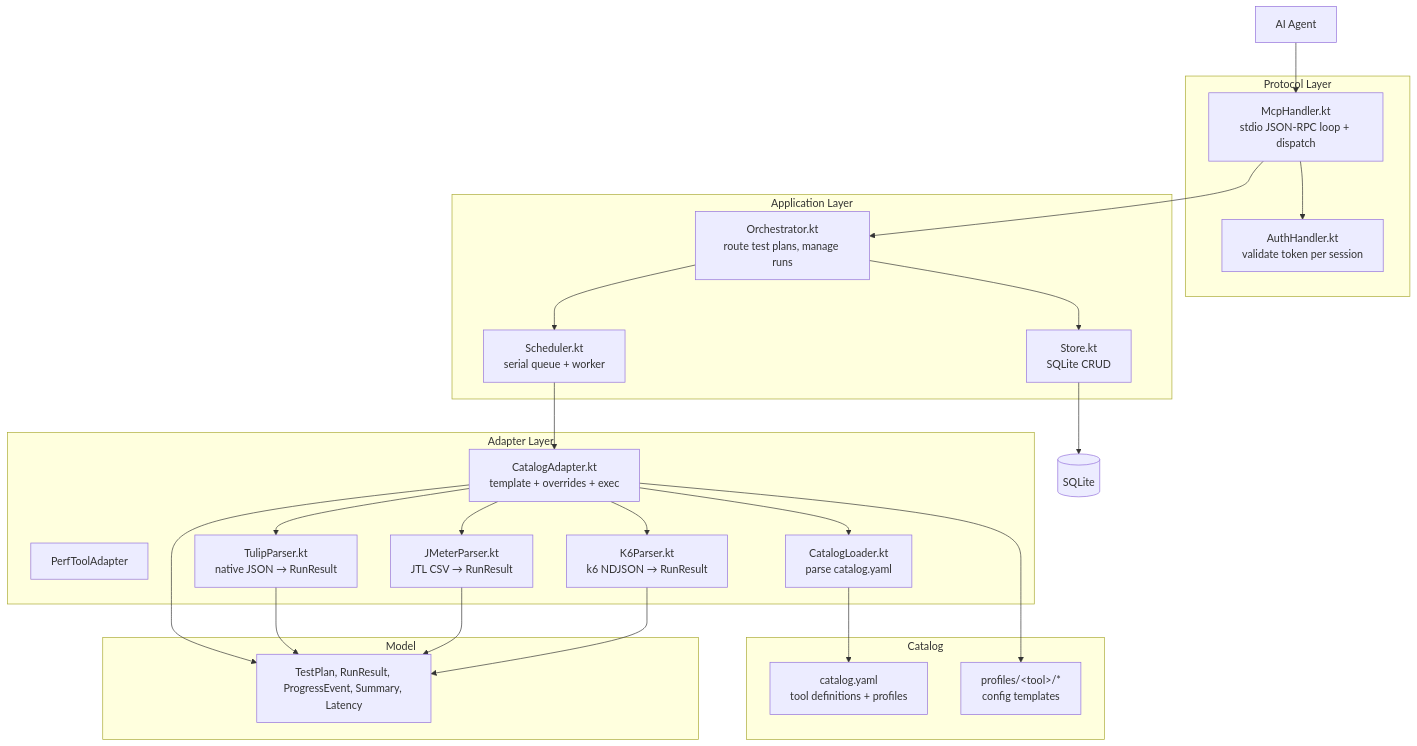
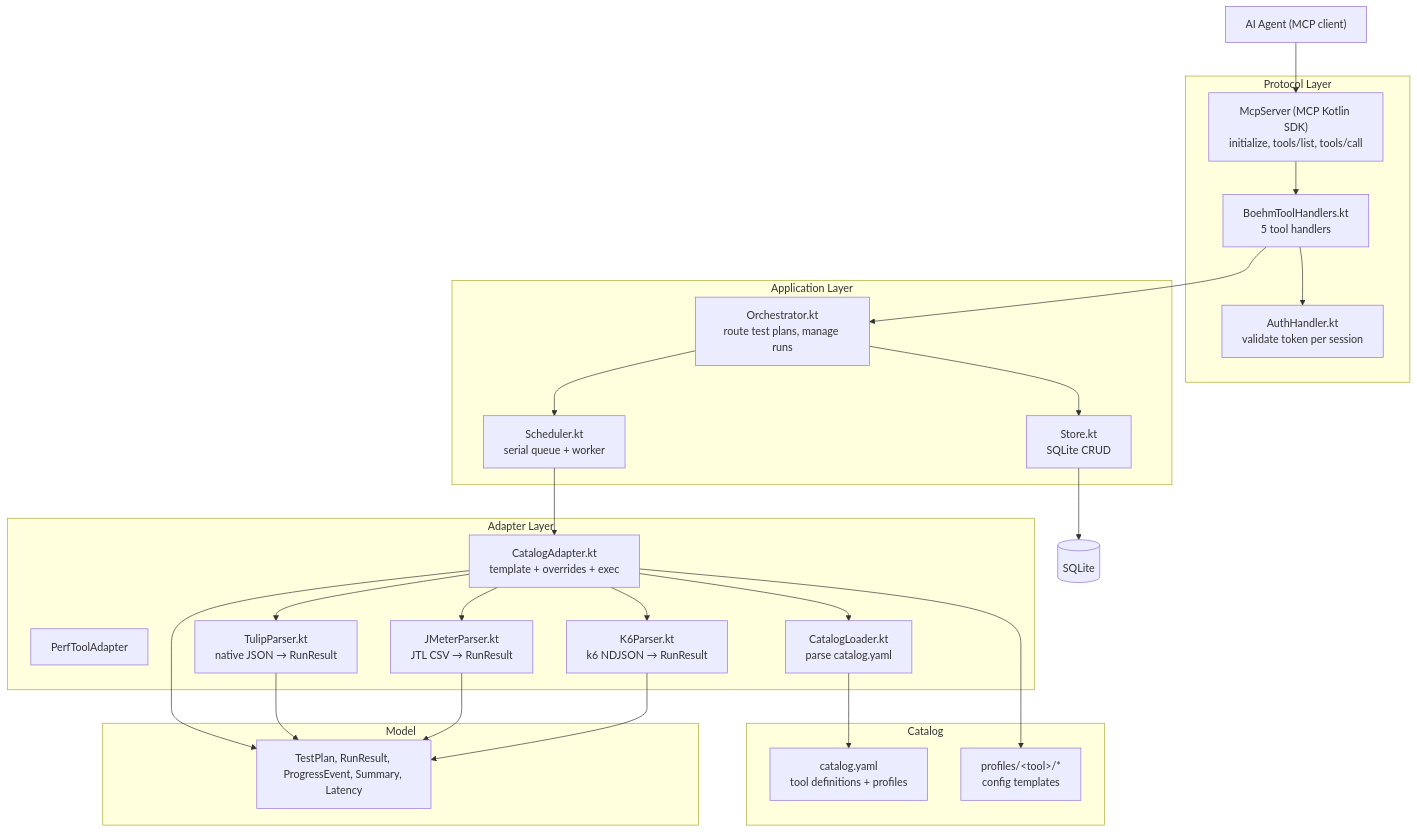
One commit to bmvanwyk/Boehm changed the second of 5 diagrams in docs/architecture.md. Above: the diagram before and after it, drawn with Mermaid. The commit also changed other lines of this file and 14 other files, not shown here.

First line of the commit message:
Migrate to official MCP Kotlin SDK (0.15.0)

````diff
--- a/docs/architecture.md
+++ b/docs/architecture.md
@@ -59,51 +59,53 @@
 ```mermaid
 graph TB
     subgraph "Protocol Layer"
-        McpHandler["McpHandler.kt<br/>stdio JSON-RPC loop + dispatch"]
+        McpServer["McpServer (MCP Kotlin SDK)<br/>initialize, tools/list, tools/call"]
+        BoehmToolHandlers["BoehmToolHandlers.kt<br/>5 tool handlers"]
         AuthHandler["AuthHandler.kt<br/>validate token per session"]
     end
 
     subgraph "Application Layer"
         Orchestrator["Orchestrator.kt<br/>route test plans, manage runs"]
         Scheduler["Scheduler.kt<br/>serial queue + worker"]
         Store["Store.kt<br/>SQLite CRUD"]
     end
 
     subgraph "Adapter Layer"
         AdapterInterface["PerfToolAdapter"]
         CatalogLoader["CatalogLoader.kt<br/>parse catalog.yaml"]
         CatalogAdapter["CatalogAdapter.kt<br/>template + overrides + exec"]
         TulipParser["TulipParser.kt<br/>native JSON → RunResult"]
     JMeterParser["JMeterParser.kt<br/>JTL CSV → RunResult"]
     K6Parser["K6Parser.kt<br/>k6 NDJSON → RunResult"]
     end
 
     subgraph "Catalog"
         CatalogYaml["catalog.yaml<br/>tool definitions + profiles"]
         Templates["profiles/&lt;tool&gt;/*<br/>config templates"]
     end
 
     subgraph "Model"
         Models["TestPlan, RunResult, ProgressEvent, Summary, Latency"]
     end
 
-    Agent["AI Agent"]
+    Agent["AI Agent (MCP client)"]
 
     CatalogLoader --> CatalogYaml
-    Agent --> McpHandler
-    McpHandler --> AuthHandler
-    McpHandler --> Orchestrator
+    Agent --> McpServer
+    McpServer --> BoehmToolHandlers
+    BoehmToolHandlers --> AuthHandler
+    BoehmToolHandlers --> Orchestrator
     Orchestrator --> Scheduler
     Orchestrator --> Store
     Scheduler --> CatalogAdapter
     CatalogAdapter --> CatalogLoader
     CatalogAdapter --> Templates
     CatalogAdapter --> TulipParser
     CatalogAdapter --> JMeterParser
     CatalogAdapter --> K6Parser
     CatalogAdapter --> Models
     TulipParser --> Models
     JMeterParser --> Models
     K6Parser --> Models
     Store --> SQLite[(SQLite)]
 ```
````
